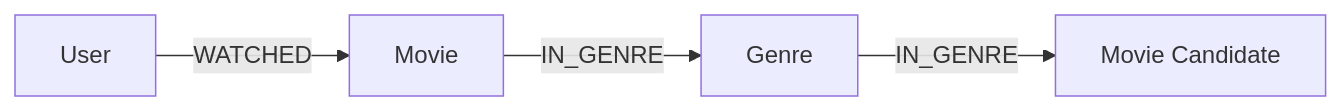
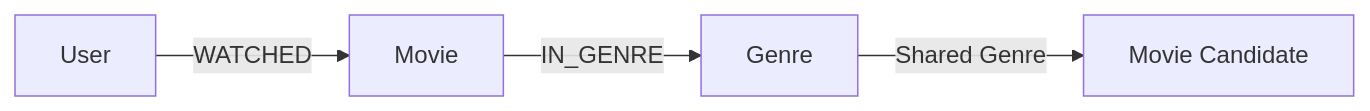
Before and after one commit to DeepuNarayana/cinegraph-ai: the second of 2 diagrams in README.MD, drawn with Mermaid. The commit also changed other lines of this file, not shown here.

````diff
--- a/README.MD
+++ b/README.MD
@@ -76,6 +85,6 @@
 ```mermaid
 graph LR
     U[User] -->|WATCHED| M[Movie]
     M -->|IN_GENRE| G[Genre]
-    G -->|IN_GENRE| C[Movie Candidate]
+    G -->|Shared Genre| C[Movie Candidate]
 ```
````
